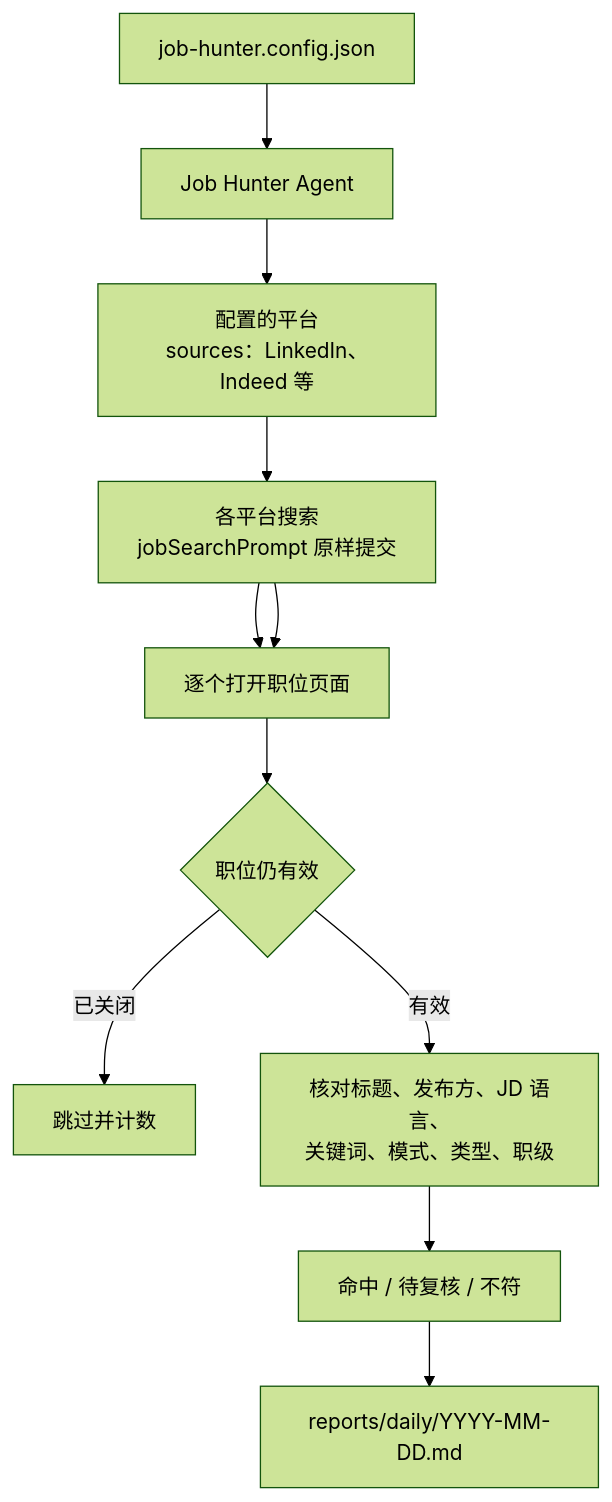
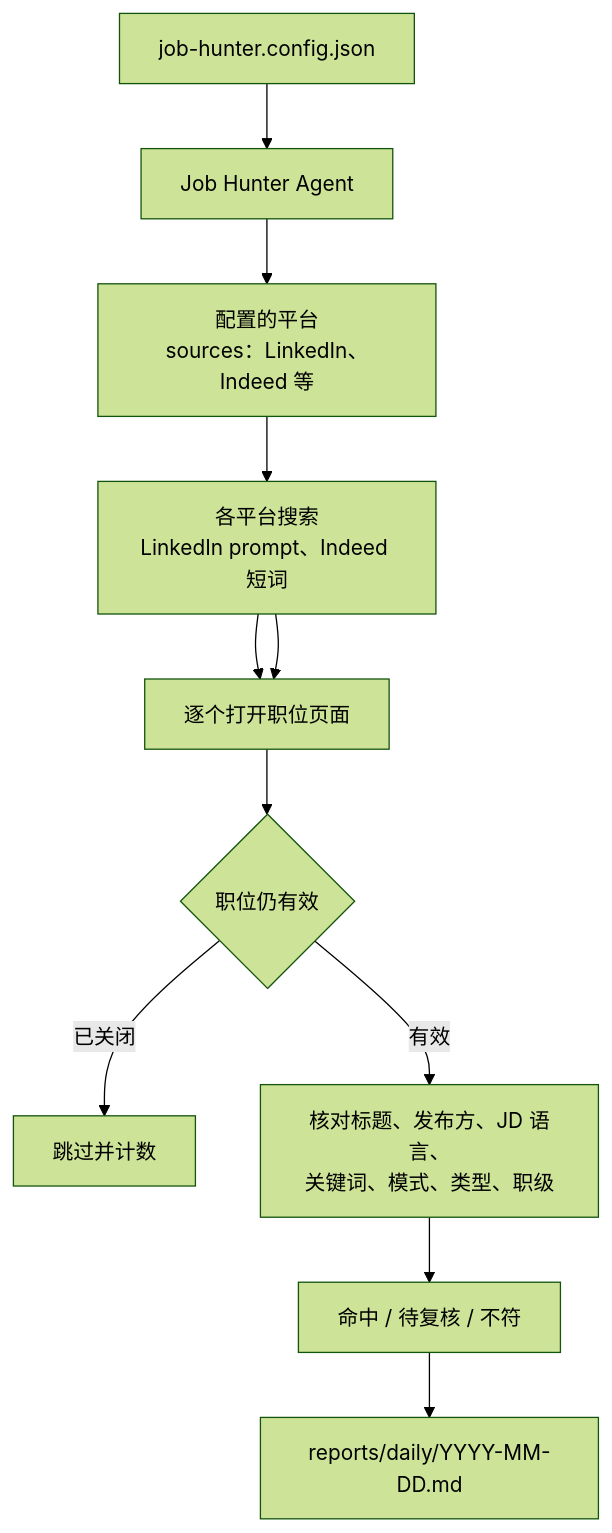
Before and after one commit to aoda-zhang/Job-hunter: the diagram in README.zh-CN.md, drawn with Mermaid (forest theme). The commit also changed other lines of this file and 24 other files, not shown here.

````diff
--- a/README.zh-CN.md
+++ b/README.zh-CN.md
@@ -22,13 +22,13 @@
 ```mermaid
 flowchart TD
     A[job-hunter.config.json] --> B[Job Hunter Agent]
     B --> C[配置的平台<br/>sources：LinkedIn、Indeed 等]
-    C --> D[各平台搜索<br/>jobSearchPrompt 原样提交]
+    C --> D[各平台搜索<br/>LinkedIn prompt、Indeed 短词]
     D --> E[各平台自己的筛选<br/>日期、类型、模式、职级]
     D --> E[逐个打开职位页面]
     E --> F{职位仍有效}
     F -->|已关闭| X[跳过并计数]
     F -->|有效| G[核对标题、发布方、JD 语言、<br/>关键词、模式、类型、职级]
     G --> H[命中 / 待复核 / 不符]
     H --> I[reports/daily/YYYY-MM-DD.md]
 ```
````
